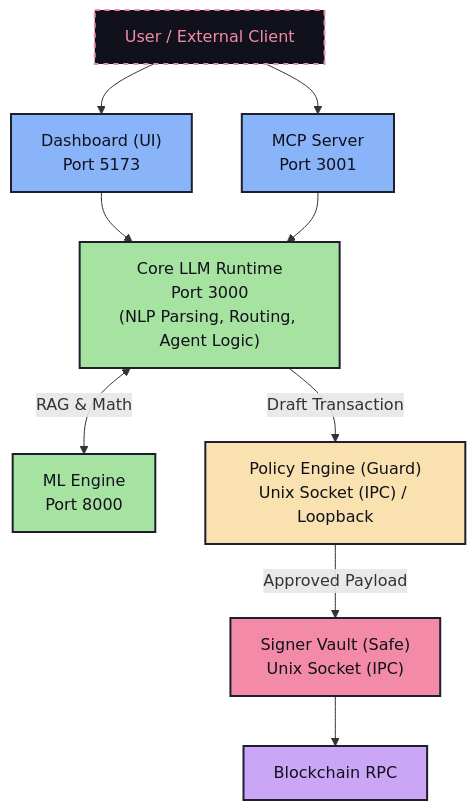
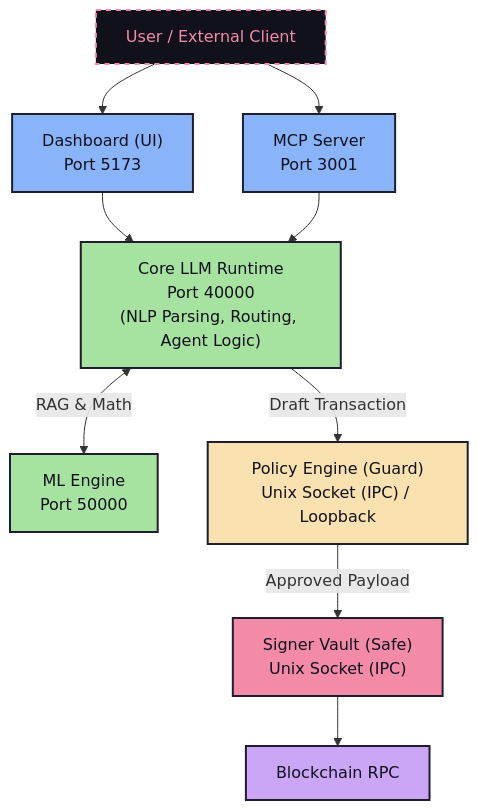
One commit to nyxoraAI/Nyxora changed the diagram in docs/docs.md. Above: the diagram before and after it, drawn with Mermaid. The commit also changed 39 other files, not shown here.

Commit message:
fix(launcher): resolve CORE_PORT reference and centralize service ports with docs update

````diff
--- a/docs/docs.md
+++ b/docs/docs.md
@@ -51,34 +51,34 @@
 ```mermaid
 graph TD
     classDef default fill:#1E1E2E,stroke:#4C4F69,stroke-width:2px,color:#CDD6F4;
     classDef external fill:#11111B,stroke:#F38BA8,stroke-width:2px,color:#F38BA8,stroke-dasharray: 5 5;
     classDef ui fill:#89B4FA,stroke:#1E1E2E,stroke-width:2px,color:#11111B;
     classDef core fill:#A6E3A1,stroke:#1E1E2E,stroke-width:2px,color:#11111B;
     classDef policy fill:#F9E2AF,stroke:#1E1E2E,stroke-width:2px,color:#11111B;
     classDef signer fill:#F38BA8,stroke:#1E1E2E,stroke-width:2px,color:#11111B;
     classDef blockchain fill:#CBA6F7,stroke:#1E1E2E,stroke-width:2px,color:#11111B;
 
     User["User / External Client"]:::external
 
     Dashboard["Dashboard (UI)<br/>Port 5173"]:::ui
     MCP["MCP Server<br/>Port 3001"]:::ui
 
-    Core["Core LLM Runtime<br/>Port 3000<br/>(NLP Parsing, Routing, Agent Logic)"]:::core
+    Core["Core LLM Runtime<br/>Port 40000<br/>(NLP Parsing, Routing, Agent Logic)"]:::core
 
-    ML["ML Engine<br/>Port 8000"]:::core
+    ML["ML Engine<br/>Port 50000"]:::core
     Policy["Policy Engine (Guard)<br/>Unix Socket (IPC) / Loopback"]:::policy
     Signer["Signer Vault (Safe)<br/>Unix Socket (IPC)"]:::signer
 
     RPC["Blockchain RPC"]:::blockchain
 
     User --> Dashboard
     User --> MCP
 
     Dashboard --> Core
     MCP --> Core
 
     Core <-->|" RAG & Math "| ML
     Core -->|" Draft Transaction "| Policy
     Policy -->|" Approved Payload "| Signer
     Signer --> RPC
 ```
````
